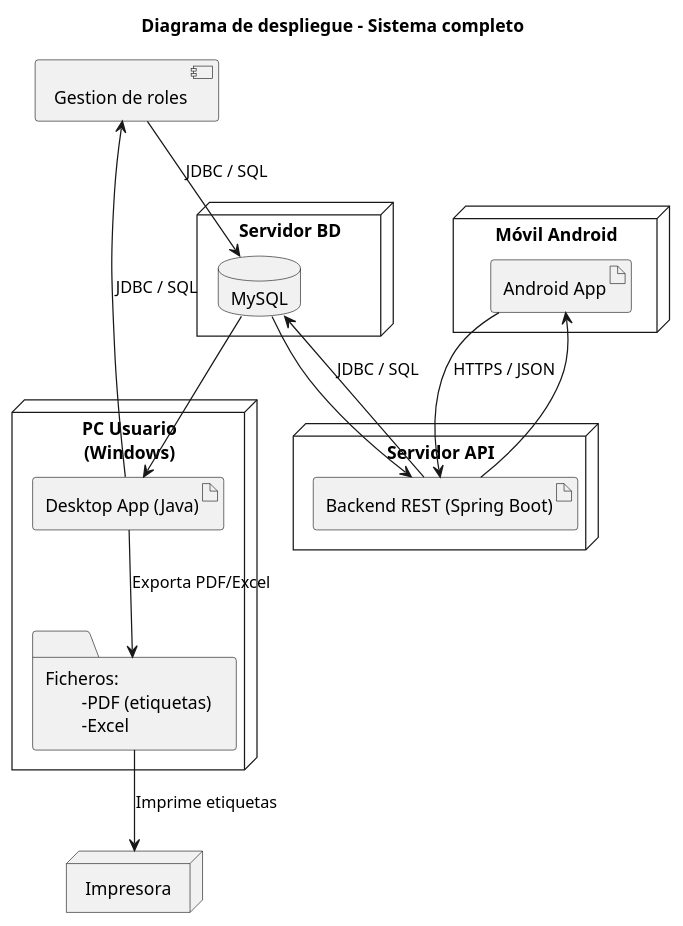
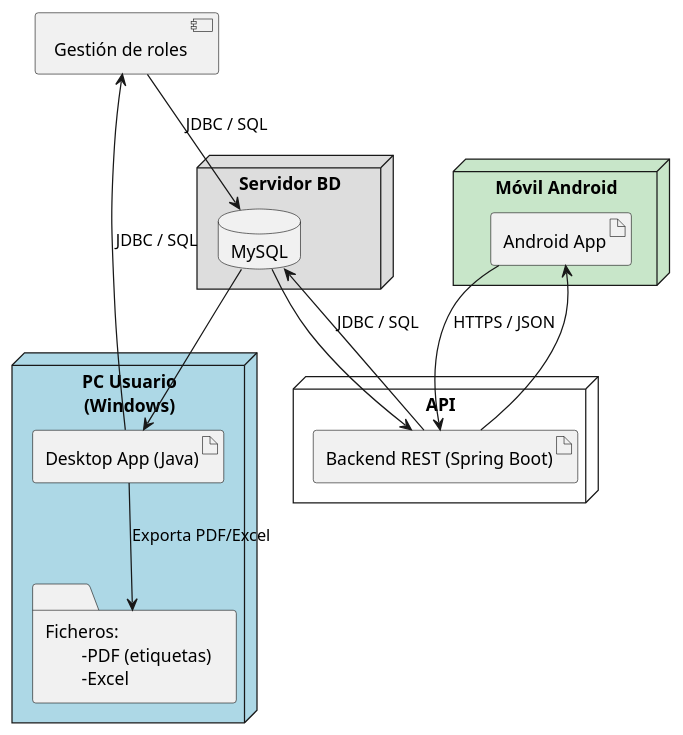
The diagram in Memoria-Documentacion-del-proyecto/Diagramas-UML/despliegue.puml (AmasterJT/TFG-EyA-Uvigo-Jose-Torre), drawn with PlantUML before and after one commit. The commit also changed 16 other files, not shown here.

Commit message:
Add deployment diagram to project documentation

```diff
--- a/Memoria-Documentacion-del-proyecto/Diagramas-UML/despliegue.puml
+++ b/Memoria-Documentacion-del-proyecto/Diagramas-UML/despliegue.puml
@@ -1,36 +1,41 @@
 @startuml
-title Diagrama de despliegue - Sistema completo
-
-node "PC Usuario\n(Windows)" as PC {
+' =========================
+' PC Usuario - AZUL
+' =========================
+node "PC Usuario\n(Windows)" as PC #ADD8E6 {
   artifact "Desktop App (Java)" as Desktop
   folder "Ficheros:\n\t-PDF (etiquetas)\n\t-Excel" as Files
 }
 
-node "Servidor BD" as Server {
+' =========================
+' Servidor BD - GRIS
+' =========================
+node "Servidor BD" as Server #DDDDDD {
   database "MySQL" as MySQL
 }
 
-component "Gestion de roles" as RolesManager
+component "Gestión de roles" as RolesManager
 
-node "Impresora" as Printer
 
 Desktop --> RolesManager : JDBC / SQL
-RolesManager --> MySQL: JDBC / SQL
+RolesManager --> MySQL : JDBC / SQL
 MySQL --> Desktop
 Desktop --> Files : Exporta PDF/Excel
-Files --> Printer : Imprime etiquetas
 
-' (Opcional si tu arquitectura real incluye Android + API)
-node "Móvil Android" as Phone {
+' =========================
+' Móvil Android - VERDE
+' =========================
+node "Móvil Android" as Phone #C8E6C9 {
   artifact "Android App" as Android
 }
-node "Servidor API" as ApiServer {
+
+node "API" as ApiServer {
   artifact "Backend REST (Spring Boot)" as API
 }
 
 Android --> API : HTTPS / JSON
 API --> MySQL : JDBC / SQL
 MySQL --> API
 API --> Android
 
 @enduml
```
